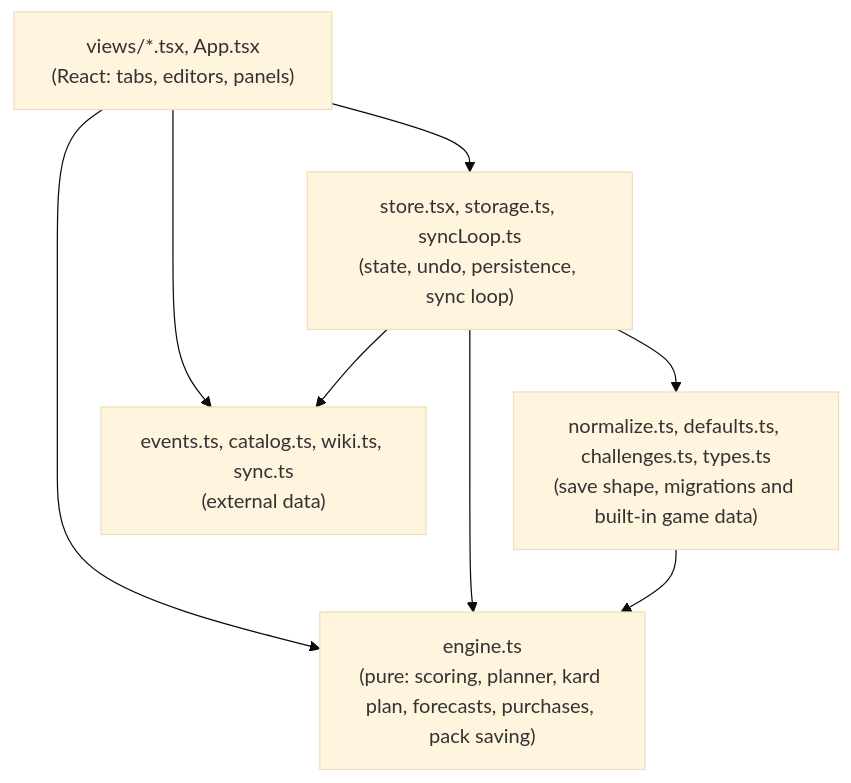
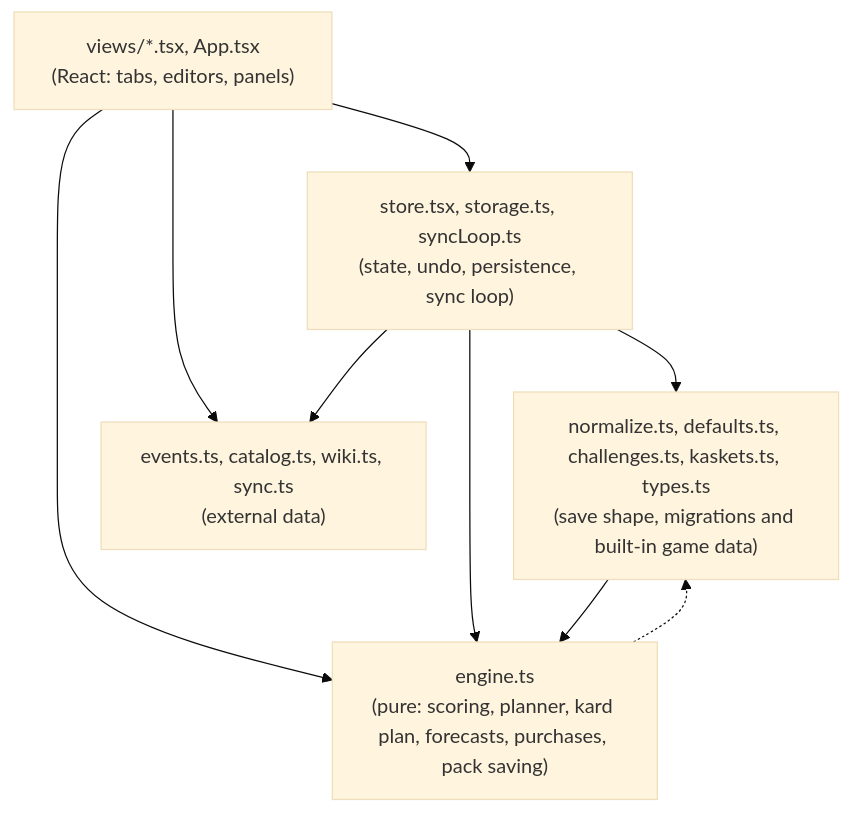
The second of 3 diagrams in docs/architecture.md (Simba3696/mkmax), drawn with Mermaid (base theme) before and after one commit. The commit also changed other lines of this file and 21 other files, not shown here.

````diff
--- a/docs/architecture.md
+++ b/docs/architecture.md
@@ -31,15 +31,16 @@
 ```mermaid
 flowchart TB
   Views["views/*.tsx, App.tsx<br/>(React: tabs, editors, panels)"]
   Store["store.tsx, storage.ts, syncLoop.ts<br/>(state, undo, persistence, sync loop)"]
   Engine["engine.ts<br/>(pure: scoring, planner, kard plan, forecasts, purchases, pack saving)"]
-  Data["normalize.ts, defaults.ts, challenges.ts, types.ts<br/>(save shape, migrations and built-in game data)"]
+  Data["normalize.ts, defaults.ts, challenges.ts, kaskets.ts, types.ts<br/>(save shape, migrations and built-in game data)"]
   Ext["events.ts, catalog.ts, wiki.ts, sync.ts<br/>(external data)"]
   Views --> Store
   Views --> Engine
   Views --> Ext
   Store --> Data
   Store --> Engine
   Store --> Ext
   Data --> Engine
+  Engine -.-> Data
 ```
````
